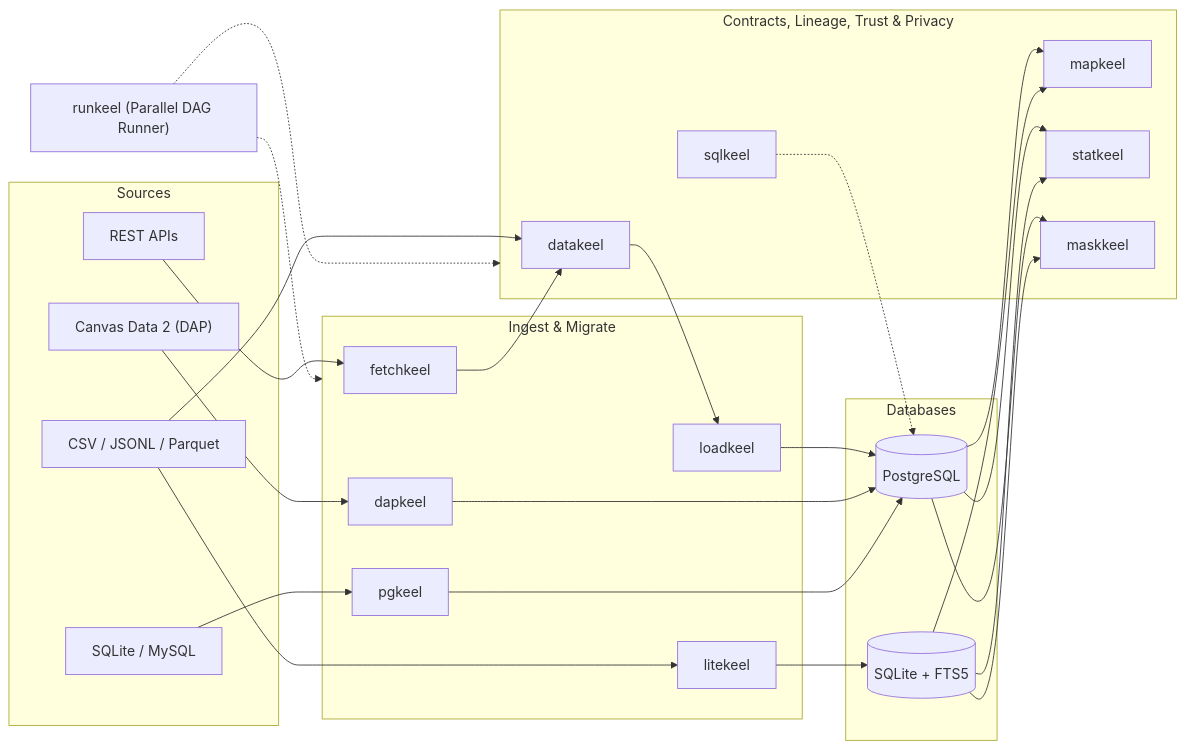
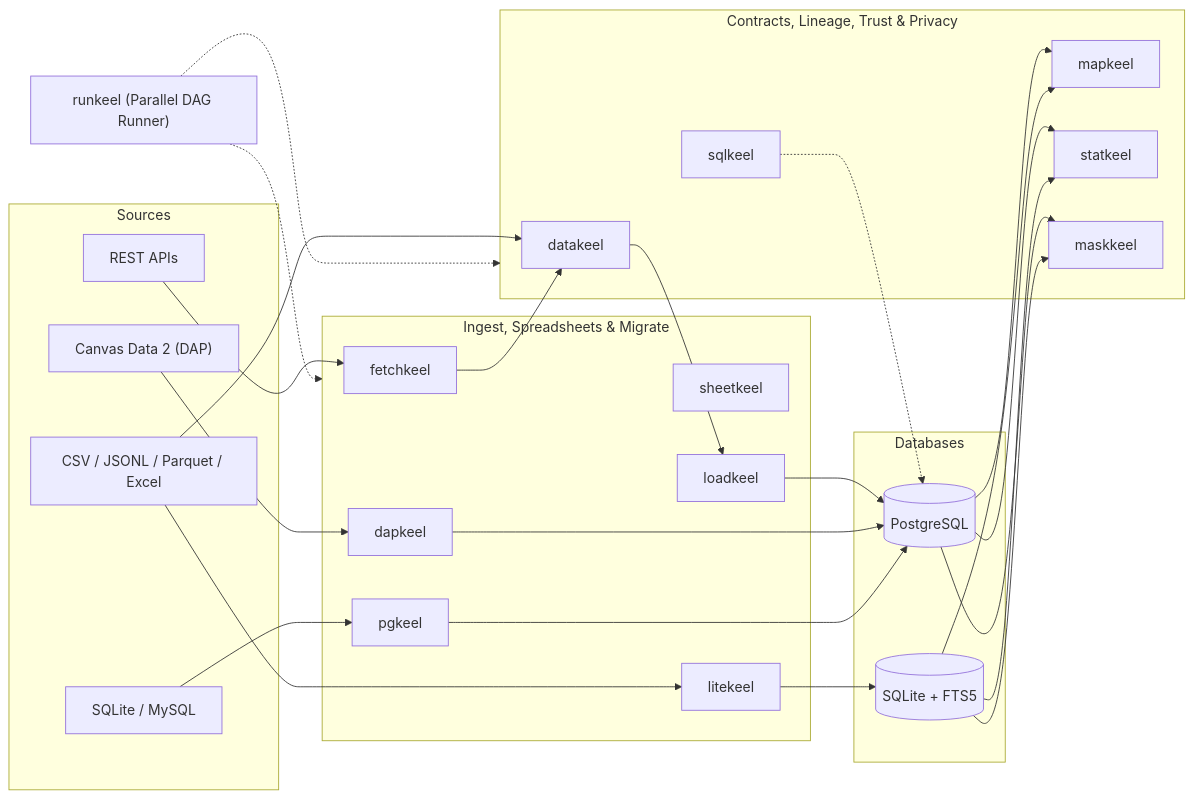
The diagram in README.md (robertguss/keel-stack), drawn with Mermaid before and after one commit. The commit also changed other lines of this file and 4 other files, not shown here.

````diff
--- a/README.md
+++ b/README.md
@@ -14,47 +14,48 @@
 ```mermaid
 flowchart LR
     subgraph Sources
         API["REST APIs"]
         DAP["Canvas Data 2 (DAP)"]
-        FILES["CSV / JSONL / Parquet"]
+        FILES["CSV / JSONL / Parquet / Excel"]
         LEGACY["SQLite / MySQL"]
     end
 
-    subgraph Ingest["Ingest & Migrate"]
+    subgraph Ingest["Ingest, Spreadsheets & Migrate"]
         FK["fetchkeel"]
         DKP["dapkeel"]
+        SHK["sheetkeel"]
         LK["loadkeel"]
         PGK["pgkeel"]
         LTK["litekeel"]
     end
 
     subgraph Storage["Databases"]
         PG[("PostgreSQL")]
         SQ[("SQLite + FTS5")]
     end
 
     subgraph Quality["Contracts, Lineage, Trust & Privacy"]
         DTK["datakeel"]
         SQK["sqlkeel"]
         MK["mapkeel"]
         STK["statkeel"]
         MSK["maskkeel"]
     end
 
     RK["runkeel (Parallel DAG Runner)"]
 
     API --> FK --> DTK --> LK --> PG
     DAP --> DKP --> PG
     FILES --> DTK
     FILES --> LTK --> SQ
     LEGACY --> PGK --> PG
     PG --> MK
     PG --> STK
     PG --> MSK
     SQ --> MK
     SQ --> STK
     SQ --> MSK
     SQK -.-> PG
     RK -.-> Ingest
     RK -.-> Quality
 ```
````
